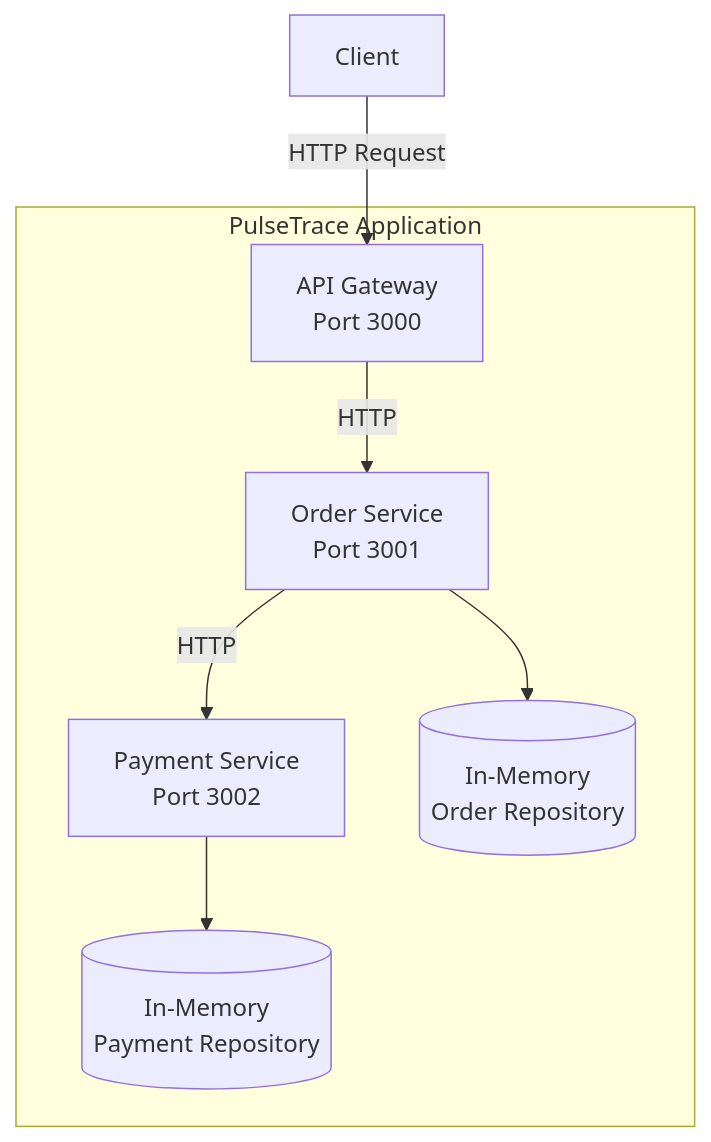
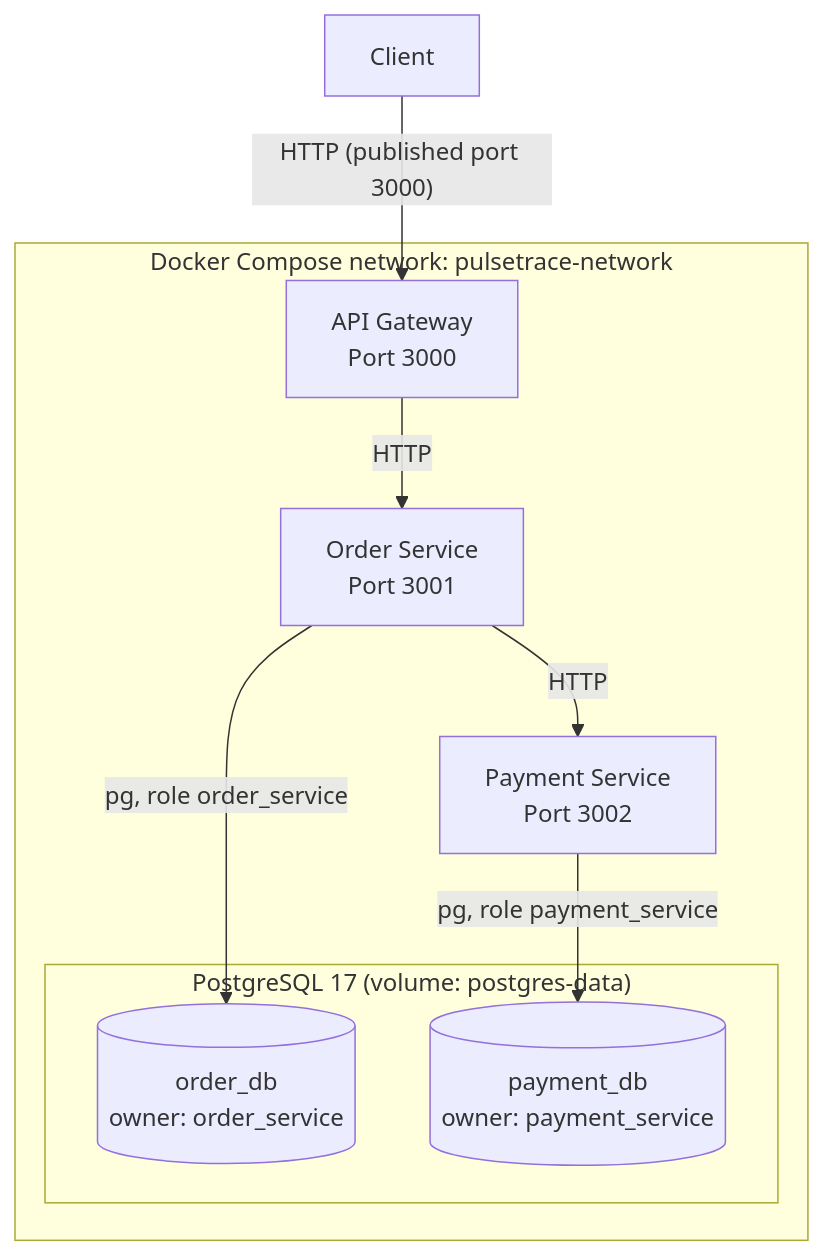
The first of 2 diagrams in docs/architecture/architecture.md (aliaagamall/pulsetrace), drawn with Mermaid before and after one commit. The commit also changed other lines of this file and 10 other files, not shown here.

First line of the commit message:
docs(project): align documentation with Docker and PostgreSQL implementation

````diff
--- a/docs/architecture/architecture.md
+++ b/docs/architecture/architecture.md
@@ -21,20 +20,22 @@
 ```mermaid
 flowchart TB
     Client["Client"]
 
-    subgraph Application["PulseTrace Application"]
+    subgraph Compose["Docker Compose network: pulsetrace-network"]
         Gateway["API Gateway<br/>Port 3000"]
         Order["Order Service<br/>Port 3001"]
         Payment["Payment Service<br/>Port 3002"]
 
-        OrderRepo[("In-Memory<br/>Order Repository")]
-        PaymentRepo[("In-Memory<br/>Payment Repository")]
+        subgraph PG["PostgreSQL 17 (volume: postgres-data)"]
+            OrderDB[("order_db<br/>owner: order_service")]
+            PaymentDB[("payment_db<br/>owner: payment_service")]
+        end
     end
 
-    Client -->|"HTTP Request"| Gateway
+    Client -->|"HTTP (published port 3000)"| Gateway
     Gateway -->|"HTTP"| Order
     Order -->|"HTTP"| Payment
 
-    Order --> OrderRepo
-    Payment --> PaymentRepo
+    Order -->|"pg, role order_service"| OrderDB
+    Payment -->|"pg, role payment_service"| PaymentDB
 ```
````
